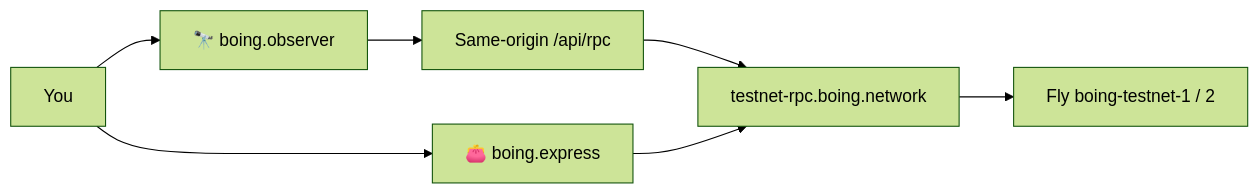
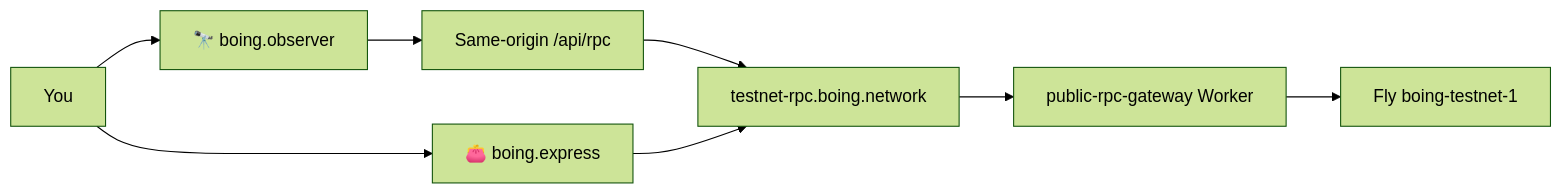
Before and after one commit to Boing-Network/boing.network: the diagram in docs/BOING-OBSERVER-AND-EXPRESS.md, drawn with Mermaid (forest theme). The commit also changed other lines of this file and 15 other files, not shown here.

````diff
--- a/docs/BOING-OBSERVER-AND-EXPRESS.md
+++ b/docs/BOING-OBSERVER-AND-EXPRESS.md
@@ -12,9 +12,10 @@
 ```mermaid
 flowchart LR
   You[You] --> Obs[🔭 boing.observer]
   You --> Exp[👛 boing.express]
   Obs --> Proxy[Same-origin /api/rpc]
   Proxy --> Public[testnet-rpc.boing.network]
   Exp --> Public
-  Public --> Fly[Fly boing-testnet-1 / 2]
+  Public --> GW[public-rpc-gateway Worker]
+  GW --> Fly[Fly boing-testnet-1]
 ```
````
